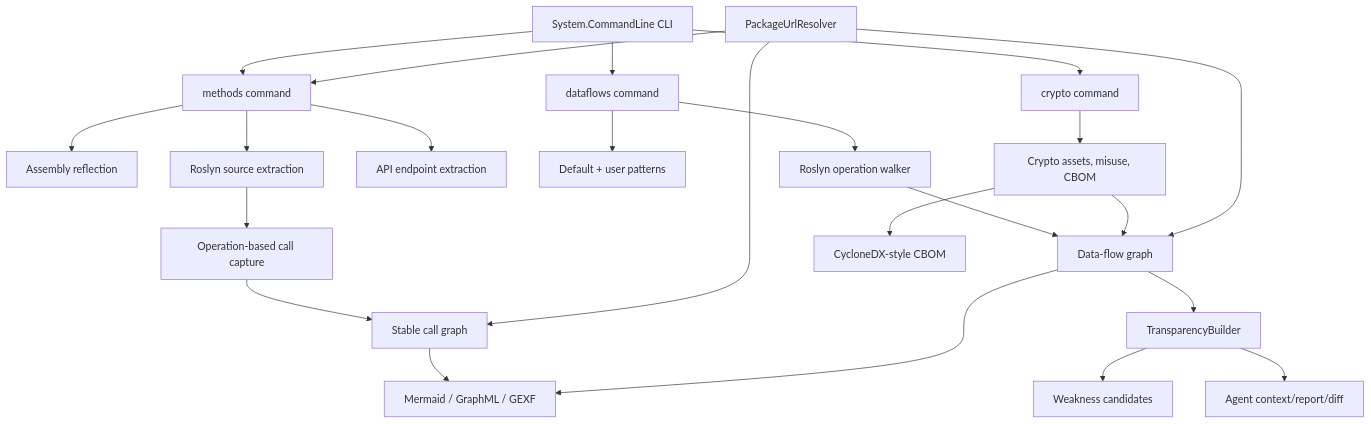
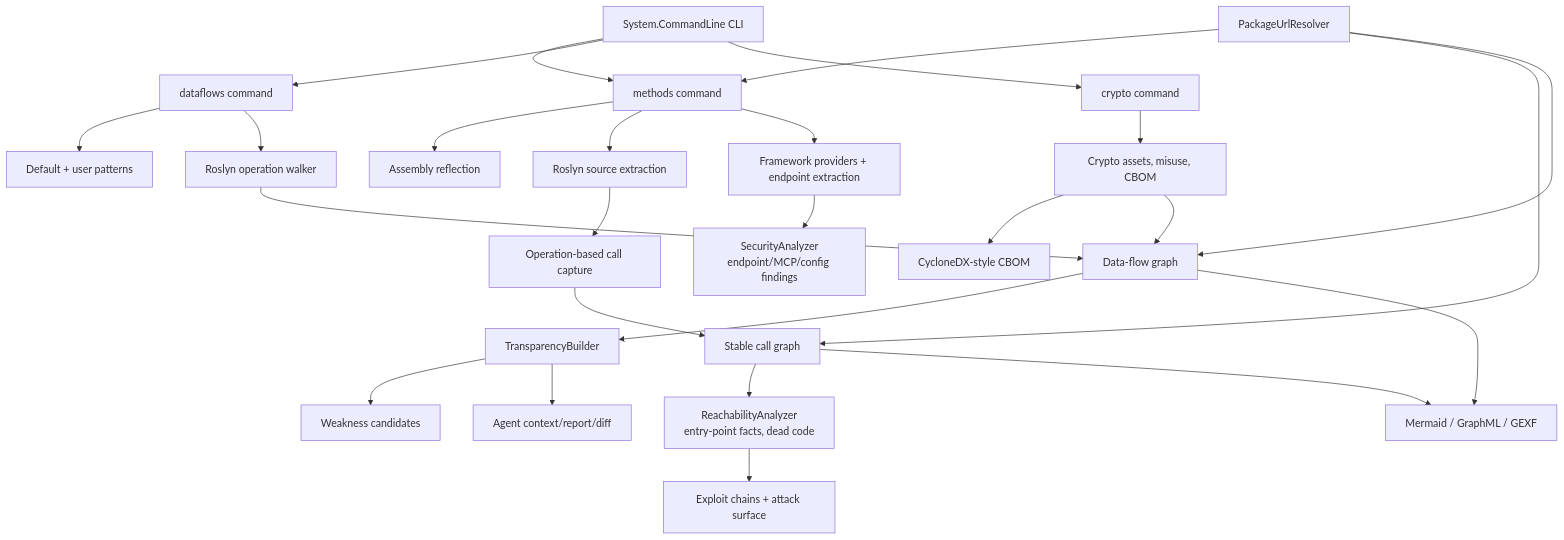
The first of 2 diagrams in docs/compiler-engineering.md (owasp-dep-scan/dosai), drawn with Mermaid before and after one commit. The commit also changed other lines of this file and 74 other files, not shown here.

Commit message:
Update docs, lessons, and code comments for schema 4.1.0 feature set (#50)

````diff
--- a/docs/compiler-engineering.md
+++ b/docs/compiler-engineering.md
@@ -7,25 +7,28 @@
 ```mermaid
 flowchart TD
     CLI[System.CommandLine CLI] --> Methods[methods command]
     CLI --> Dataflows[dataflows command]
     CLI --> Crypto[crypto command]
     Methods --> Reflection[Assembly reflection]
     Methods --> Source[Roslyn source extraction]
-    Methods --> Endpoints[API endpoint extraction]
+    Methods --> Endpoints[Framework providers + endpoint extraction]
     Source --> Calls[Operation-based call capture]
     Calls --> CallGraph[Stable call graph]
     Dataflows --> Patterns[Default + user patterns]
     Dataflows --> DFRoslyn[Roslyn operation walker]
     DFRoslyn --> DFGraph[Data-flow graph]
     Crypto --> CryptoAnalyzer[Crypto assets, misuse, CBOM]
     CryptoAnalyzer --> CBOM[CycloneDX-style CBOM]
     CryptoAnalyzer --> DFGraph
+    CallGraph --> Reach[ReachabilityAnalyzer<br/>entry-point facts, dead code]
+    Reach --> Exploit[Exploit chains + attack surface]
+    Endpoints --> SecFind[SecurityAnalyzer<br/>endpoint/MCP/config findings]
     PURL[PackageUrlResolver] --> Methods
     PURL --> CallGraph
     PURL --> DFGraph
     DFGraph --> Transparency[TransparencyBuilder]
     Transparency --> Weakness[Weakness candidates]
     Transparency --> Agent[Agent context/report/diff]
     CallGraph --> Exporters[Mermaid / GraphML / GEXF]
     DFGraph --> Exporters
 ```
````
